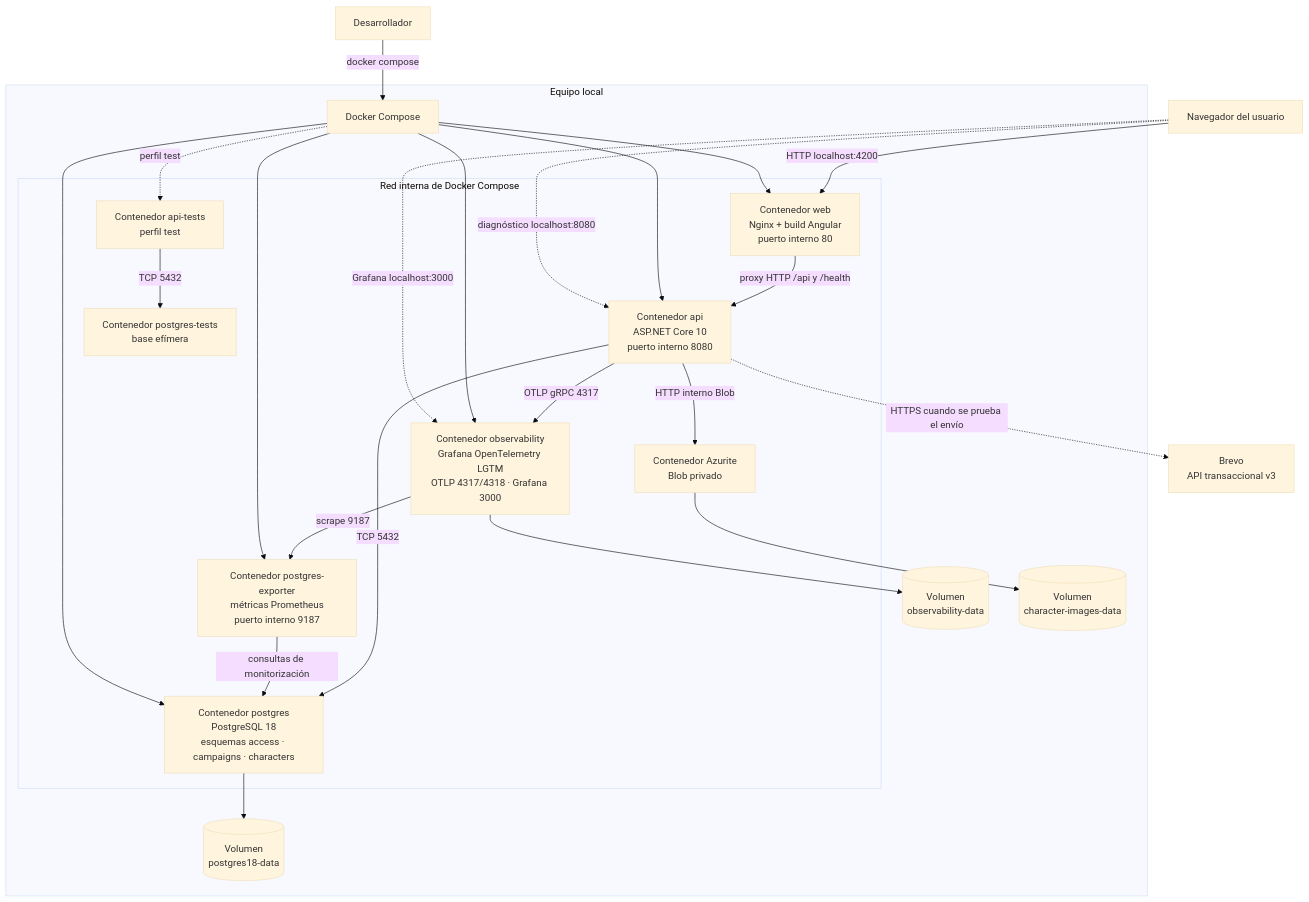
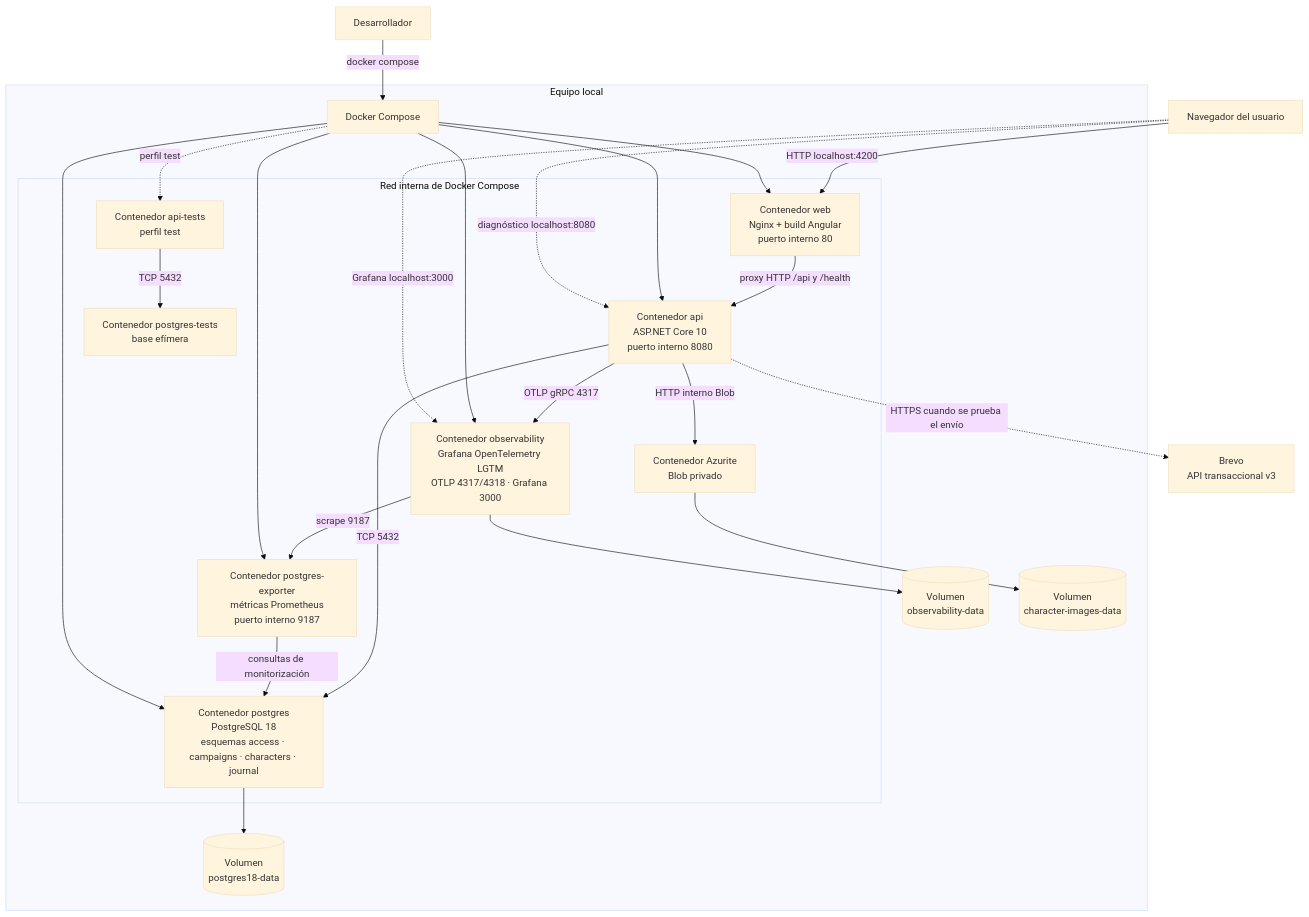
One commit to PeterBFoo/dnd-campaign-manager changed the first of 2 diagrams in docs/architecture/diagrama-de-despliegue.md. Above: the diagram before and after it, drawn with Mermaid (base theme). The commit also changed 58 other files, not shown here.

````diff
--- a/docs/architecture/diagrama-de-despliegue.md
+++ b/docs/architecture/diagrama-de-despliegue.md
@@ -10,49 +10,49 @@
 ```mermaid
 flowchart TB
     browser["Navegador del usuario"]
     developer["Desarrollador"]
     brevo["Brevo<br/>API transaccional v3"]
 
     subgraph host["Equipo local"]
         compose["Docker Compose"]
 
         subgraph network["Red interna de Docker Compose"]
             web["Contenedor web<br/>Nginx + build Angular<br/>puerto interno 80"]
             api["Contenedor api<br/>ASP.NET Core 10<br/>puerto interno 8080"]
-            postgres["Contenedor postgres<br/>PostgreSQL 18<br/>esquemas access · campaigns · characters"]
+            postgres["Contenedor postgres<br/>PostgreSQL 18<br/>esquemas access · campaigns · characters · journal"]
             azurite["Contenedor Azurite<br/>Blob privado"]
             postgres_exporter["Contenedor postgres-exporter<br/>métricas Prometheus<br/>puerto interno 9187"]
             lgtm["Contenedor observability<br/>Grafana OpenTelemetry LGTM<br/>OTLP 4317/4318 · Grafana 3000"]
             tests["Contenedor api-tests<br/>perfil test"]
             postgres_tests["Contenedor postgres-tests<br/>base efímera"]
         end
 
         postgres_volume[("Volumen<br/>postgres18-data")]
         telemetry_volume[("Volumen<br/>observability-data")]
         image_volume[("Volumen<br/>character-images-data")]
     end
 
     browser -->|"HTTP localhost:4200"| web
     web -->|"proxy HTTP /api y /health"| api
     api -->|"TCP 5432"| postgres
     api -->|"HTTP interno Blob"| azurite
     api -->|"OTLP gRPC 4317"| lgtm
     api -.->|"HTTPS cuando se prueba el envío"| brevo
     postgres_exporter -->|"consultas de monitorización"| postgres
     lgtm -->|"scrape 9187"| postgres_exporter
 
     developer -->|"docker compose"| compose
     compose --> web
     compose --> api
     compose --> postgres
     compose --> postgres_exporter
     compose --> lgtm
     compose -.->|"perfil test"| tests
     tests -->|"TCP 5432"| postgres_tests
 
     browser -.->|"diagnóstico localhost:8080"| api
     browser -.->|"Grafana localhost:3000"| lgtm
     postgres --> postgres_volume
     lgtm --> telemetry_volume
     azurite --> image_volume
 ```
````
